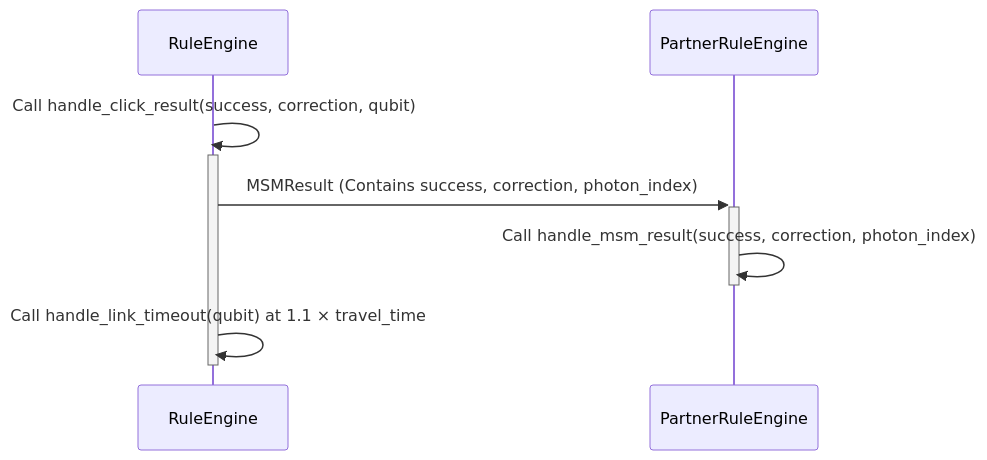
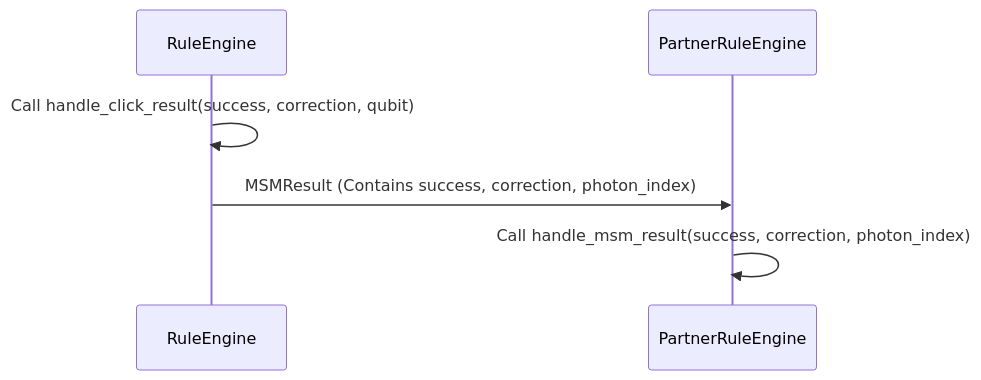
Before and after one commit to sfc-aqua/quisp: the second of 2 diagrams in quisp/modules/QRSA/RuleEngine/README.md, drawn with Mermaid. The commit also changed other lines of this file, not shown here.

Commit message:
remove description of timeout feature from readme files about the MSM protocol

````diff
--- a/quisp/modules/QRSA/RuleEngine/README.md
+++ b/quisp/modules/QRSA/RuleEngine/README.md
@@ -50,10 +49,9 @@
 ```mermaid
 sequenceDiagram
     participant REA as RuleEngine
     participant PRT as PartnerRuleEngine
 
-    REA->>+REA: Call handle_click_result(success, correction, qubit)
-    REA->>+PRT: MSMResult (Contains success, correction, photon_index)
-    PRT->>-PRT: Call handle_msm_result(success, correction, photon_index)
-    REA->>-REA: Call handle_link_timeout(qubit) at 1.1 × travel_time
+    REA->>REA: Call handle_click_result(success, correction, qubit)
+    REA->>PRT: MSMResult (Contains success, correction, photon_index)
+    PRT->>PRT: Call handle_msm_result(success, correction, photon_index)
 ```
````
